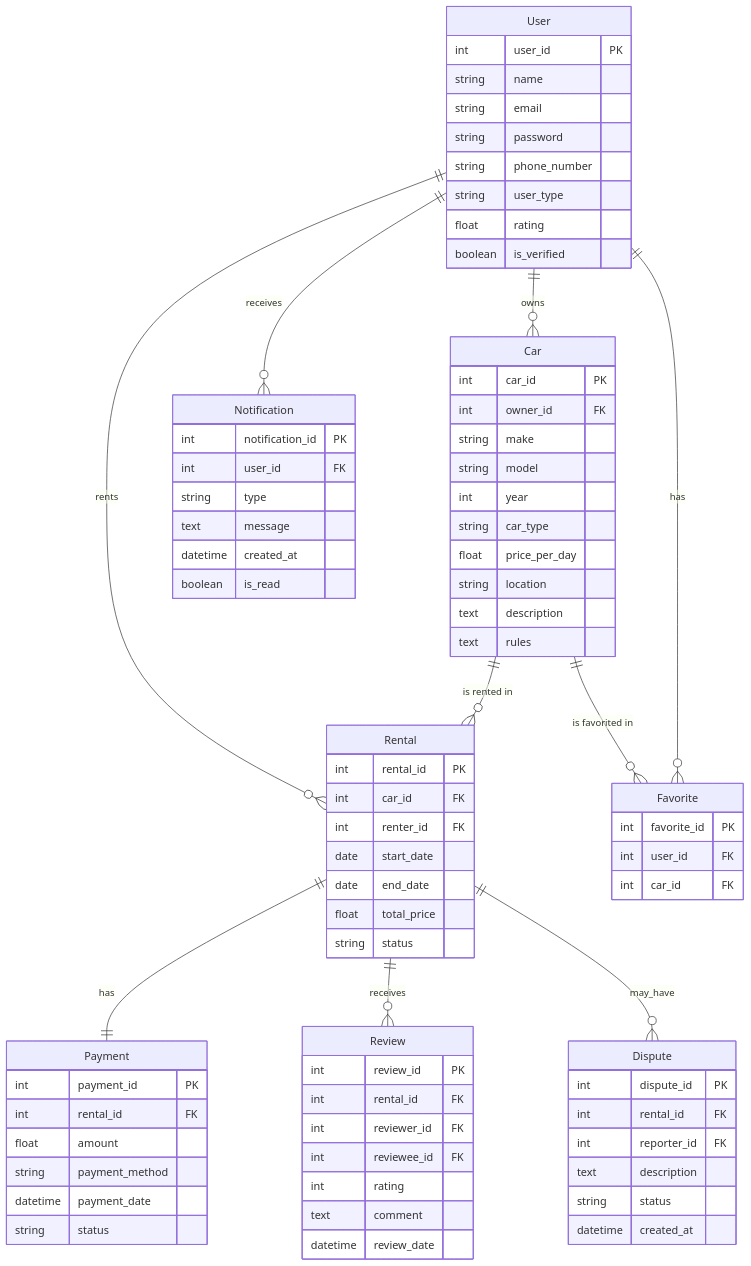
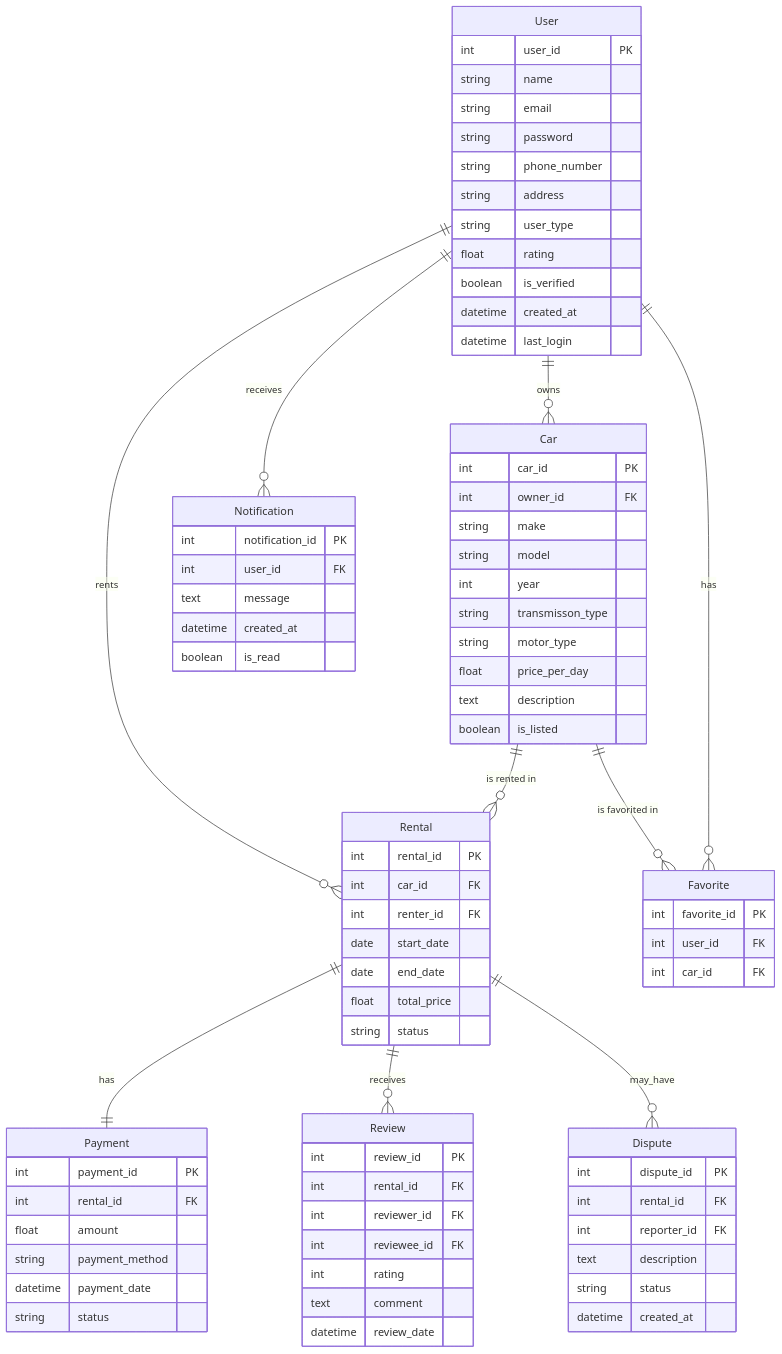
One commit to mitdag/car-rental changed the diagram in ERD.md. Above: the diagram before and after it, drawn with Mermaid.

```diff
--- a/ERD.md
+++ b/ERD.md
@@ -8,9 +8,12 @@
         string email
         string password
         string phone_number
+        string address
         string user_type
         float rating
         boolean is_verified
+        datetime created_at
+        datetime last_login
     }
     Car ||--o{ Rental : "is rented in"
     Car ||--o{ Favorite : "is favorited in"
@@ -20,11 +23,11 @@
         string make
         string model
         int year
-        string car_type
+        string transmisson_type
+        string motor_type
         float price_per_day
-        string location
         text description
-        text rules
+        boolean is_listed
     }
     Rental {
         int rental_id PK
@@ -60,7 +63,6 @@
     Notification {
         int notification_id PK
         int user_id FK
-        string type
         text message
         datetime created_at
         boolean is_read
```
